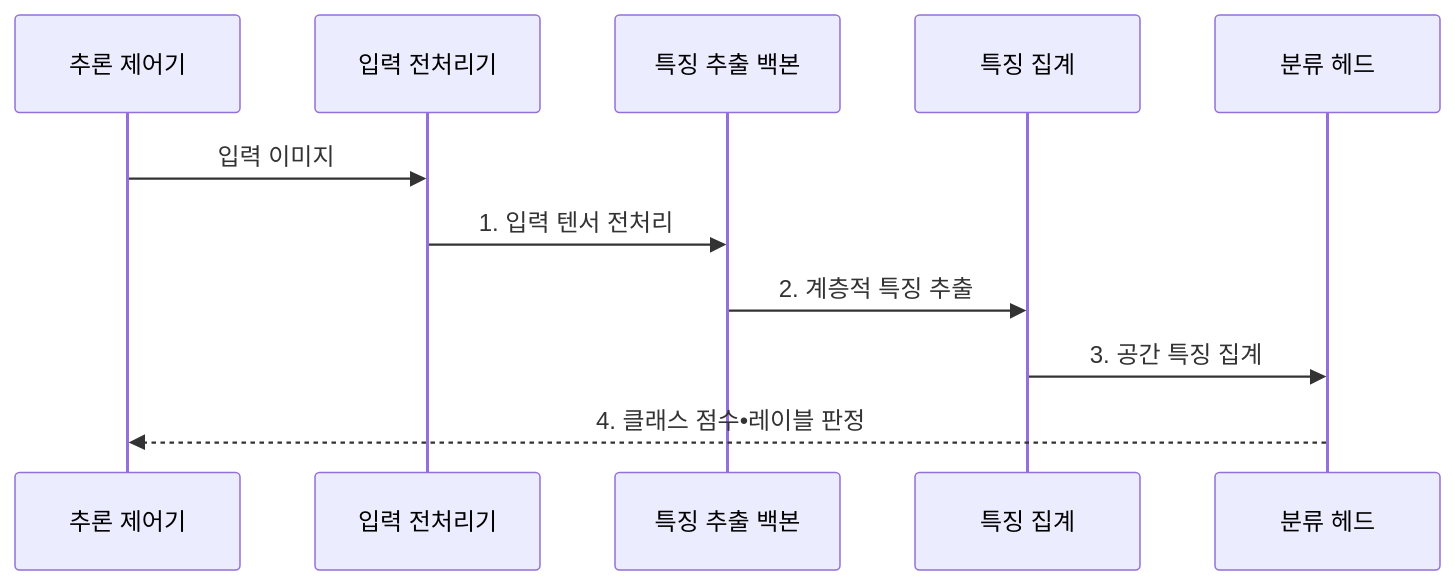
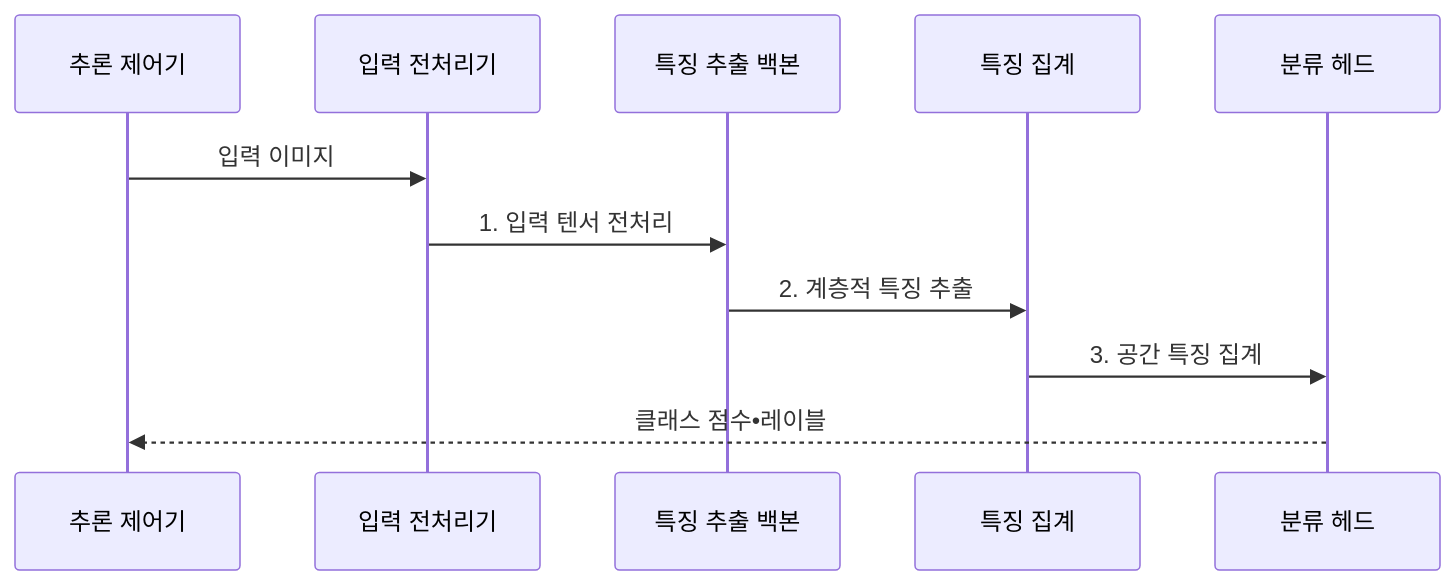
The second of 2 diagrams in src/content/docs/notes/01-basic-theory/056_image_classification.md (agnusdei1207/knowledge-base), drawn with Mermaid before and after one commit. The commit also changed other lines of this file and 20 other files, not shown here.

````diff
--- a/src/content/docs/notes/01-basic-theory/056_image_classification.md
+++ b/src/content/docs/notes/01-basic-theory/056_image_classification.md
@@ -91,13 +91,13 @@
 ```mermaid
 sequenceDiagram
     participant T as 추론 제어기
     participant I as 입력 전처리기
     participant B as 특징 추출 백본
     participant G as 특징 집계
     participant H as 분류 헤드
     T->>I: 입력 이미지
     I->>B: 1. 입력 텐서 전처리
     B->>G: 2. 계층적 특징 추출
     G->>H: 3. 공간 특징 집계
-    H-->>T: 4. 클래스 점수•레이블 판정
+    H-->>T: 클래스 점수•레이블
 ```
````
